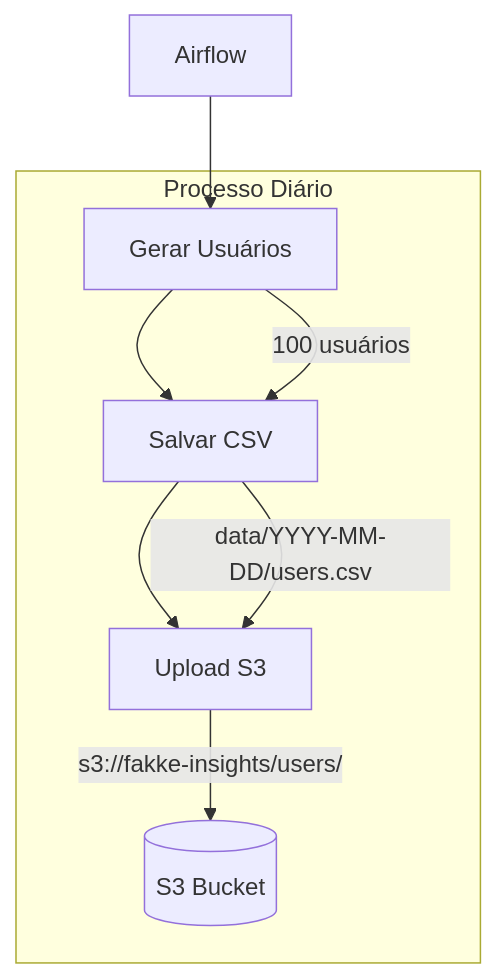
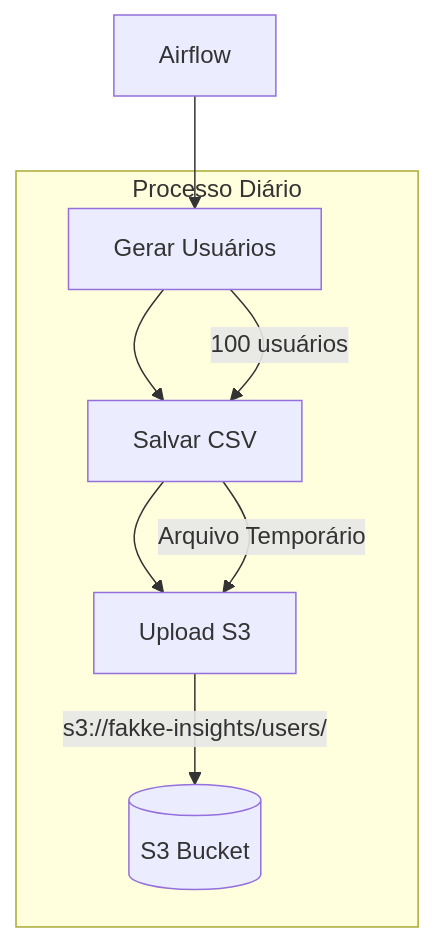
The diagram in README.md (Pacodeoliv/fakke-insights), drawn with Mermaid before and after one commit. The commit also changed other lines of this file and 2 other files, not shown here.

````diff
--- a/README.md
+++ b/README.md
@@ -11,12 +11,12 @@
 ```mermaid
 graph TD
     A[Airflow] --> B[Gerar Usuários]
     B --> C[Salvar CSV]
     C --> D[Upload S3]
     
     subgraph "Processo Diário"
         B -->|100 usuários| C
-        C -->|data/YYYY-MM-DD/users.csv| D
+        C -->|Arquivo Temporário| D
         D -->|s3://fakke-insights/users/| E[(S3 Bucket)]
     end
 ```
````
